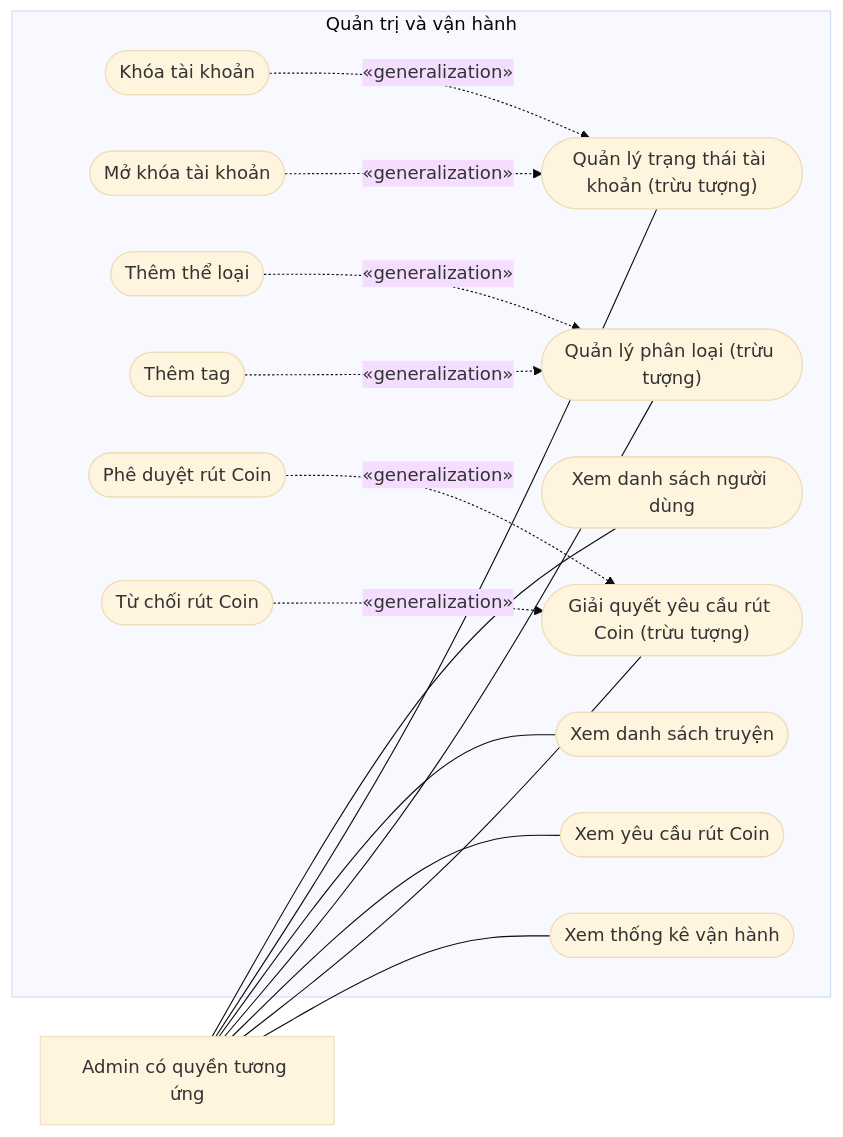
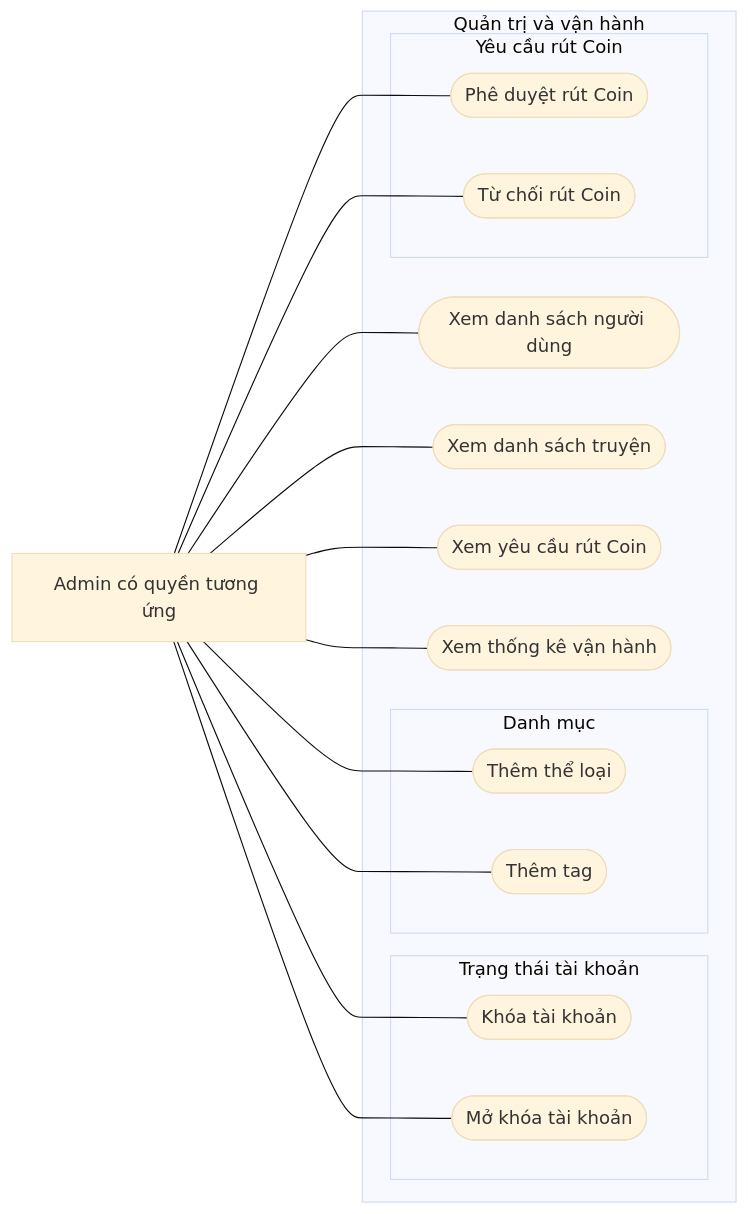
Diagram 11 of 25 in docs/BAO_CAO_CHUONG_3.md (Ephurin/Novel_sharing_platform), drawn with Mermaid (base theme) before and after one commit. The commit also changed other lines of this file, not shown here.

Commit message:
docs: remove generalization from Chapter 3 use case diagrams

````diff
--- a/docs/BAO_CAO_CHUONG_3.md
+++ b/docs/BAO_CAO_CHUONG_3.md
@@ -502,32 +507,32 @@
 ```mermaid
 flowchart LR
     AD["Admin có quyền tương ứng"]
     subgraph SYS["Quản trị và vận hành"]
         U1(["Xem danh sách người dùng"])
-        U2(["Quản lý trạng thái tài khoản (trừu tượng)"])
-        U3(["Khóa tài khoản"])
-        U4(["Mở khóa tài khoản"])
         U5(["Xem danh sách truyện"])
-        U6(["Quản lý phân loại (trừu tượng)"])
-        U7(["Thêm thể loại"])
-        U8(["Thêm tag"])
         U9(["Xem yêu cầu rút Coin"])
-        U10(["Giải quyết yêu cầu rút Coin (trừu tượng)"])
-        U11(["Phê duyệt rút Coin"])
-        U12(["Từ chối rút Coin"])
         U13(["Xem thống kê vận hành"])
+        subgraph G11_1["Trạng thái tài khoản"]
+            U3(["Khóa tài khoản"])
+            U4(["Mở khóa tài khoản"])
+        end
+        subgraph G11_2["Danh mục"]
+            U7(["Thêm thể loại"])
+            U8(["Thêm tag"])
+        end
+        subgraph G11_3["Yêu cầu rút Coin"]
+            U11(["Phê duyệt rút Coin"])
+            U12(["Từ chối rút Coin"])
+        end
     end
     AD --- U1
-    AD --- U2
+    AD --- U3
+    AD --- U4
     AD --- U5
-    AD --- U6
+    AD --- U7
+    AD --- U8
     AD --- U9
-    AD --- U10
+    AD --- U11
+    AD --- U12
     AD --- U13
-    U3 -.->|"«generalization»"| U2
-    U4 -.->|"«generalization»"| U2
-    U7 -.->|"«generalization»"| U6
-    U8 -.->|"«generalization»"| U6
-    U11 -.->|"«generalization»"| U10
-    U12 -.->|"«generalization»"| U10
 ```
````
